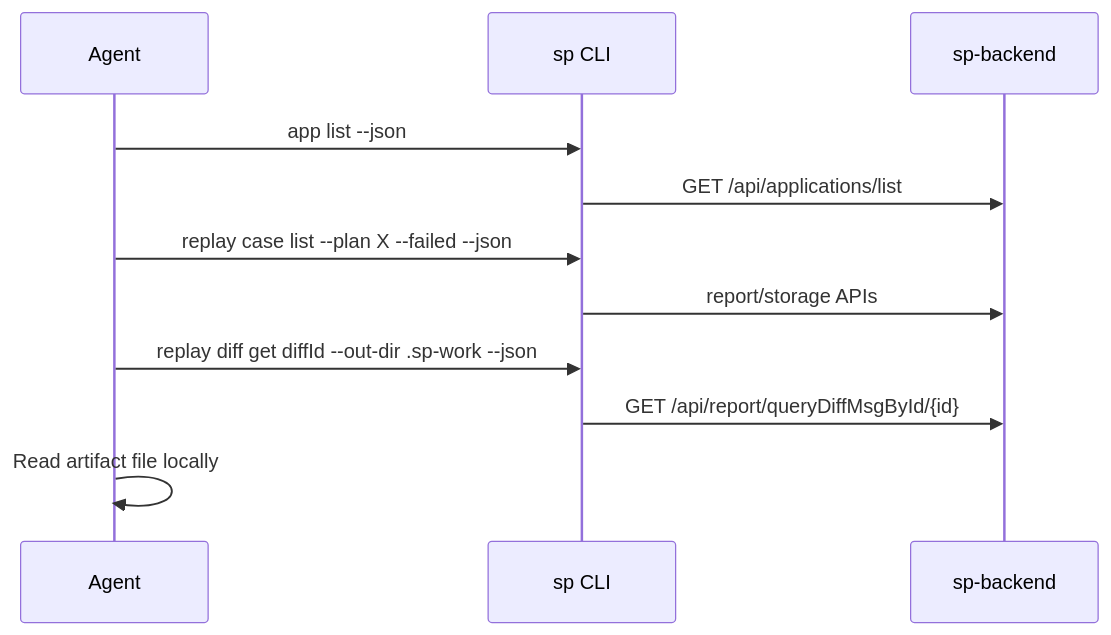
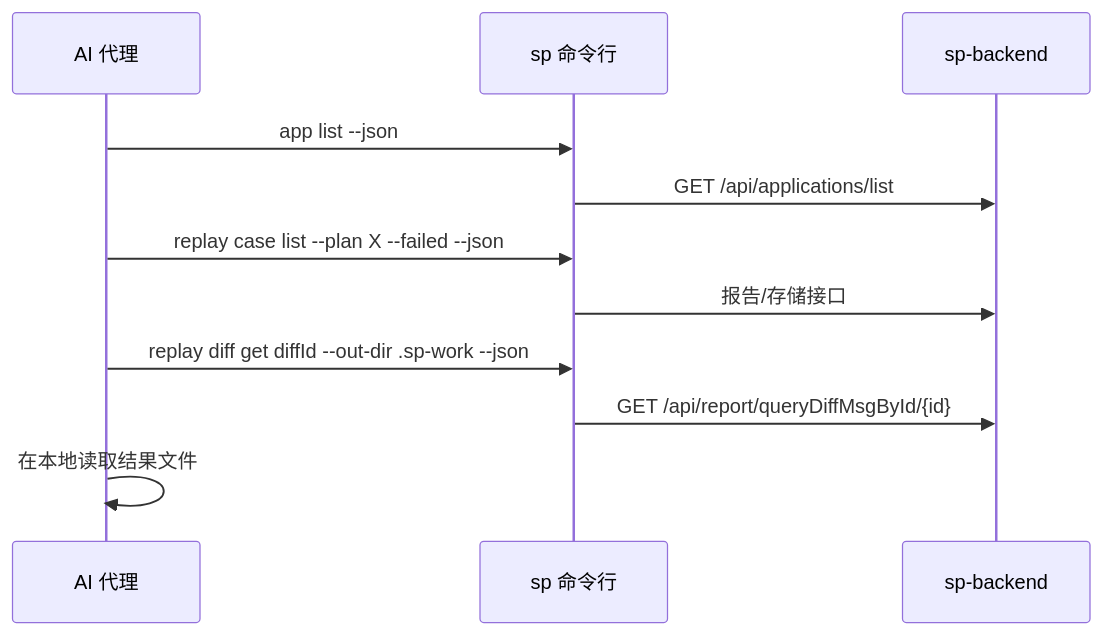
Before and after one commit to softprobe/document-website: the diagram in zh/testing/agents/overview.md, drawn with Mermaid. The commit also changed other lines of this file and 95 other files, not shown here.

````diff
--- a/zh/testing/agents/overview.md
+++ b/zh/testing/agents/overview.md
@@ -64,14 +94,14 @@
 ```mermaid
 sequenceDiagram
-  participant Agent
-  participant SP as sp CLI
+  participant Agent as AI 代理
+  participant SP as sp 命令行
   participant API as sp-backend
 
   Agent->>SP: app list --json
   SP->>API: GET /api/applications/list
   Agent->>SP: replay case list --plan X --failed --json
-  SP->>API: report/storage APIs
+  SP->>API: 报告/存储接口
   Agent->>SP: replay diff get diffId --out-dir .sp-work --json
   SP->>API: GET /api/report/queryDiffMsgById/{id}
-  Agent->>Agent: Read artifact file locally
+  Agent->>Agent: 在本地读取结果文件
 ```
````
